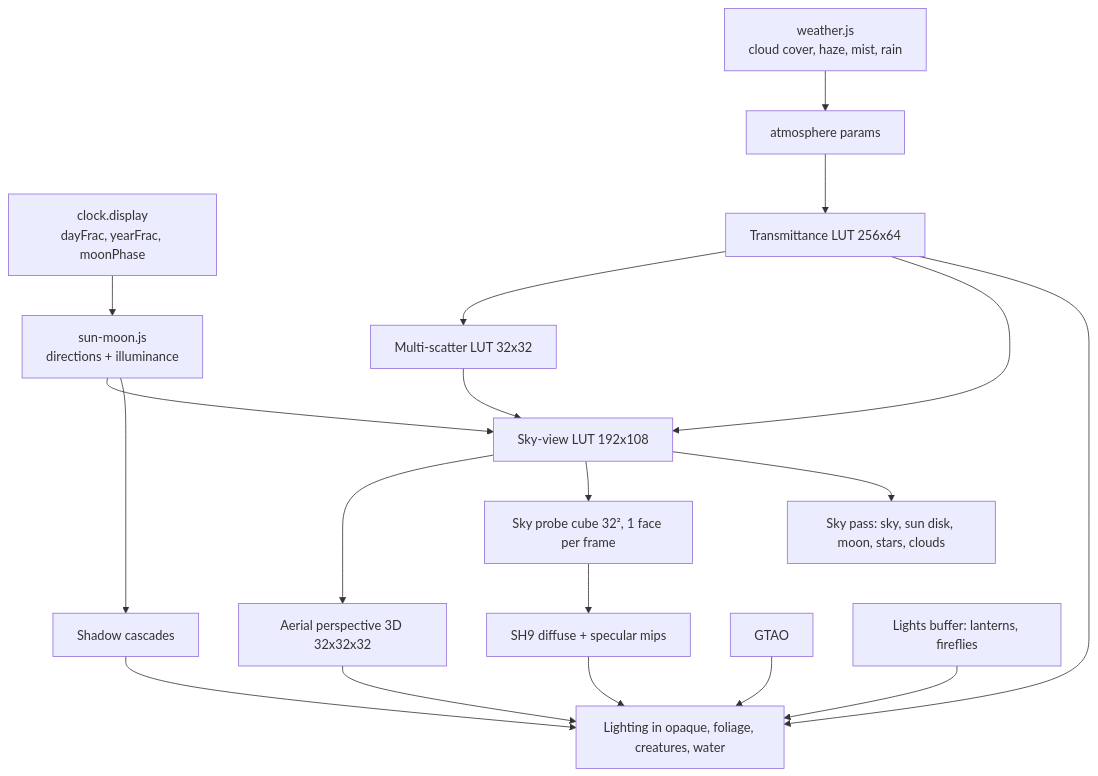
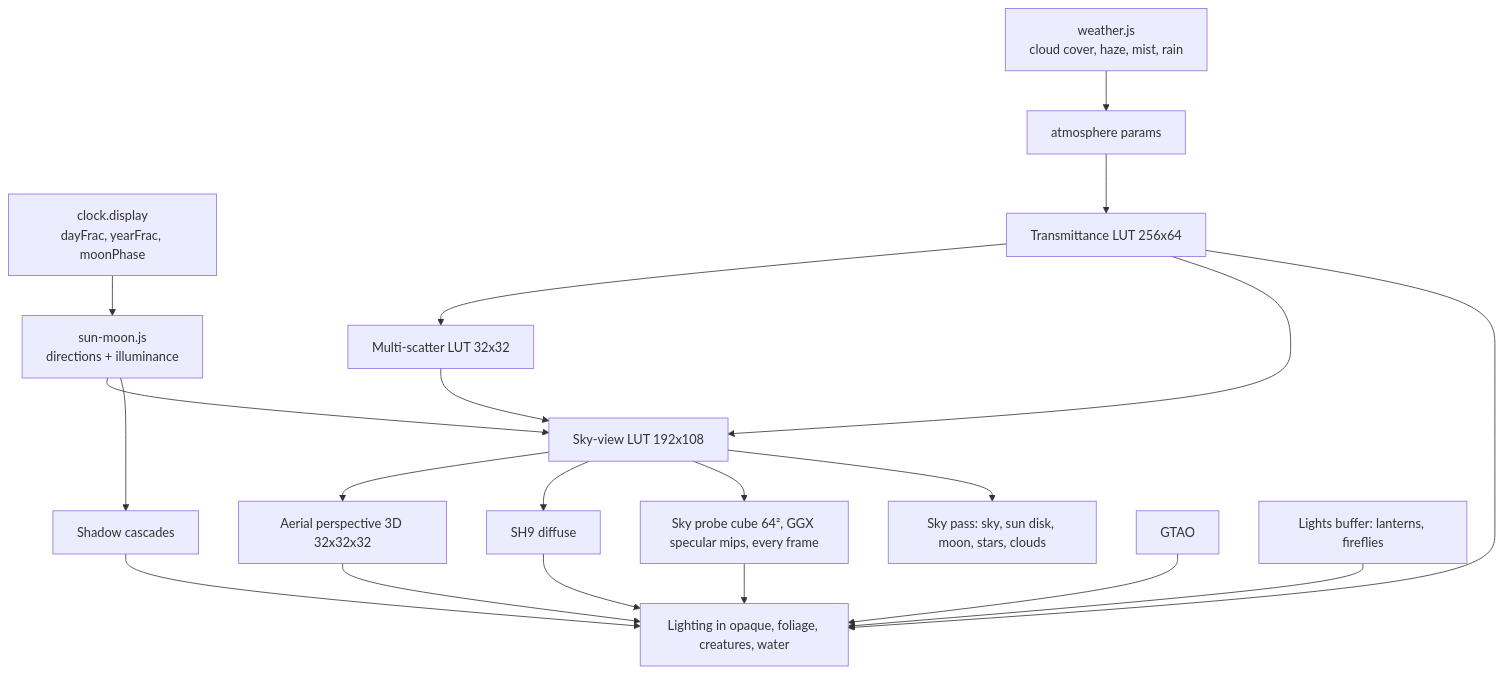
Before and after one commit to mshomper/ebb: the diagram in docs/06-sky-and-lighting.md, drawn with Mermaid. The commit also changed other lines of this file and 18 other files, not shown here.

First line of the commit message:
S4c-1 water optics: sky probe, island reflection, caustics

````diff
--- a/docs/06-sky-and-lighting.md
+++ b/docs/06-sky-and-lighting.md
@@ -24,21 +24,22 @@
 ```mermaid
 flowchart TD
   CLK[clock.display<br/>dayFrac, yearFrac, moonPhase] --> SM[sun-moon.js<br/>directions + illuminance]
   WX[weather.js<br/>cloud cover, haze, mist, rain] --> ATM[atmosphere params]
   ATM --> T[Transmittance LUT 256x64]
   T --> MS[Multi-scatter LUT 32x32]
   SM --> SV[Sky-view LUT 192x108]
   T --> SV
   MS --> SV
   SV --> AP[Aerial perspective 3D 32x32x32]
-  SV --> PR[Sky probe cube 32², 1 face per frame]
-  PR --> SH[SH9 diffuse + specular mips]
+  SV --> SH[SH9 diffuse]
+  SV --> PR[Sky probe cube 64², GGX specular mips, every frame]
   SM --> CSM[Shadow cascades]
   SV --> SKY[Sky pass: sky, sun disk, moon, stars, clouds]
   T --> LIT[Lighting in opaque, foliage, creatures, water]
   SH --> LIT
+  PR --> LIT
   AP --> LIT
   CSM --> LIT
   AO[GTAO] --> LIT
   LAN[Lights buffer: lanterns, fireflies] --> LIT
 ```
````
